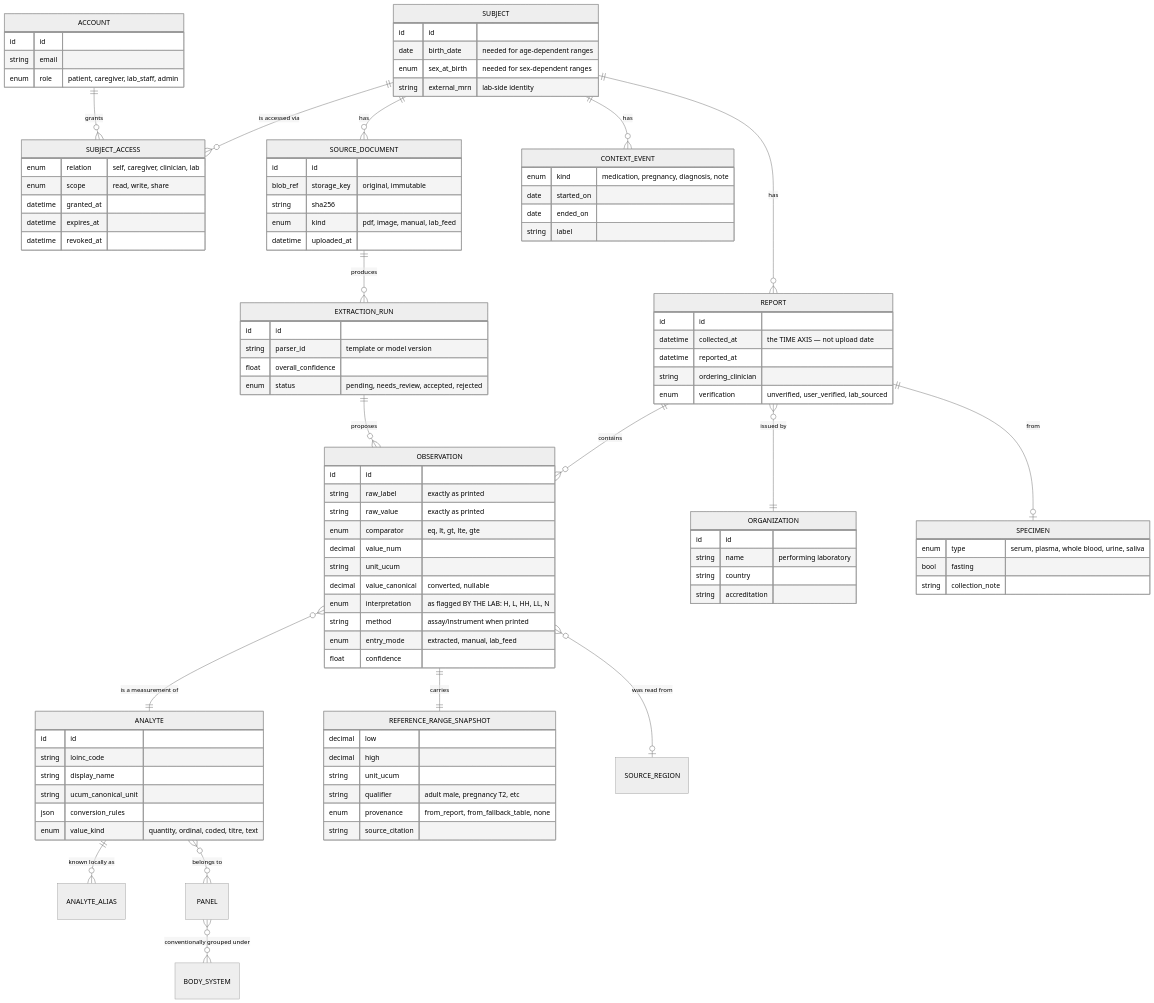
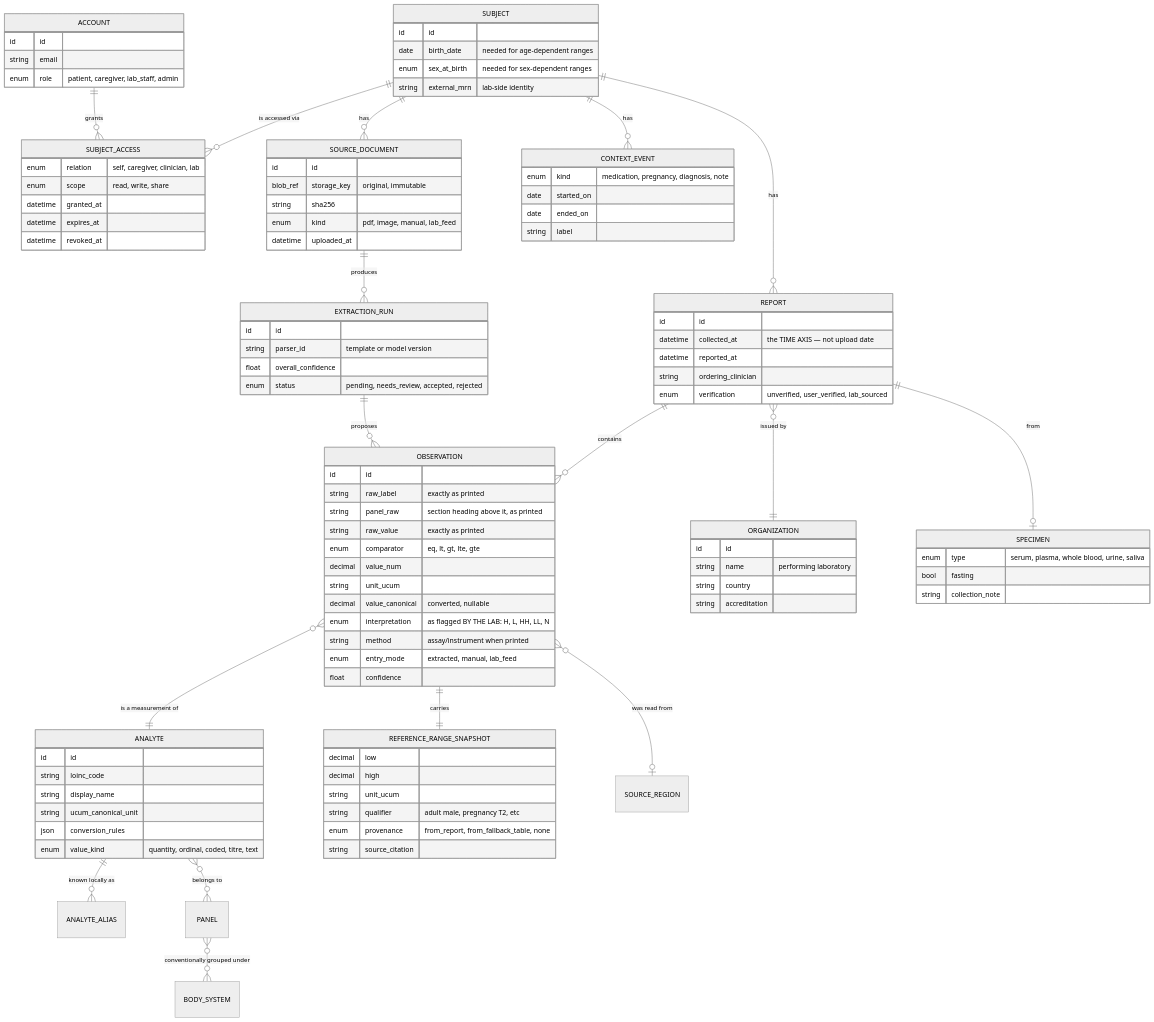
Before and after one commit to ArgenTelhaj/labscope: the third of 8 diagrams in docs/product-vision.md, drawn with Mermaid (neutral theme). The commit also changed other lines of this file and 41 other files, not shown here.

```diff
--- a/docs/product-vision.md
+++ b/docs/product-vision.md
@@ -296,6 +296,7 @@
     OBSERVATION {
         id id
         string raw_label "exactly as printed"
+        string panel_raw "section heading above it, as printed"
         string raw_value "exactly as printed"
         enum comparator "eq, lt, gt, lte, gte"
         decimal value_num
```
